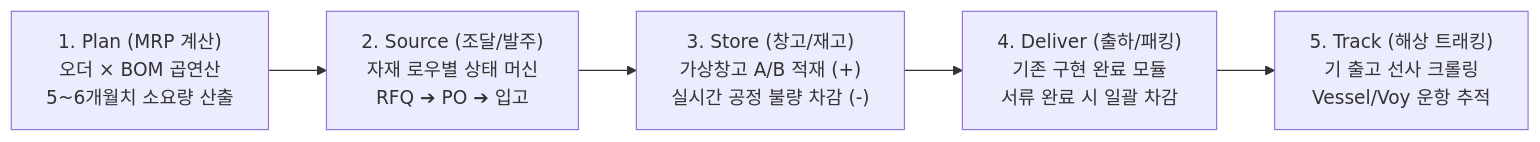
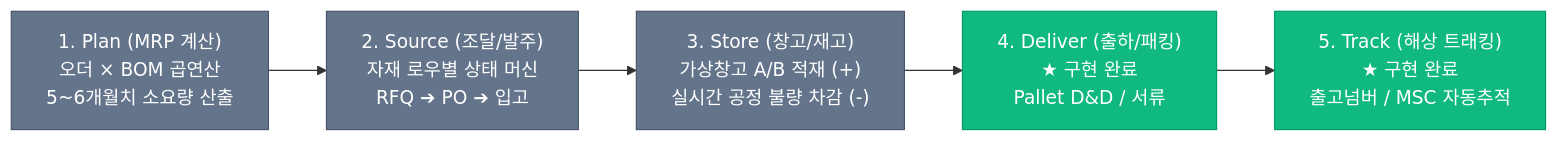
The diagram in memo.md (gahz8212/apex-scm-suite), drawn with Mermaid before and after one commit. The commit also changed other lines of this file and 27 other files, not shown here.

````diff
--- a/memo.md
+++ b/memo.md
@@ -157,7 +157,12 @@
 ```mermaid
 flowchart LR
     A["1. Plan (MRP 계산)<br>오더 × BOM 곱연산<br>5~6개월치 소요량 산출"] --> B["2. Source (조달/발주)<br>자재 로우별 상태 머신<br>RFQ ➔ PO ➔ 입고"]
     B --> C["3. Store (창고/재고)<br>가상창고 A/B 적재 (+)<br>실시간 공정 불량 차감 (-)"]
-    C --> D["4. Deliver (출하/패킹)<br>기존 구현 완료 모듈<br>서류 완료 시 일괄 차감"]
-    D --> E["5. Track (해상 트래킹)<br>기 출고 선사 크롤링<br>Vessel/Voy 운항 추적"]
+    C --> D["4. Deliver (출하/패킹)<br>★ 구현 완료<br>Pallet D&D / 서류"]
+    D --> E["5. Track (해상 트래킹)<br>★ 구현 완료<br>출고넘버 / MSC 자동추적"]
+
+    classDef done fill:#10b981,stroke:#059669,color:#fff;
+    classDef pending fill:#64748b,stroke:#475569,color:#fff;
+    class D,E done;
+    class A,B,C pending;
 ```
````
